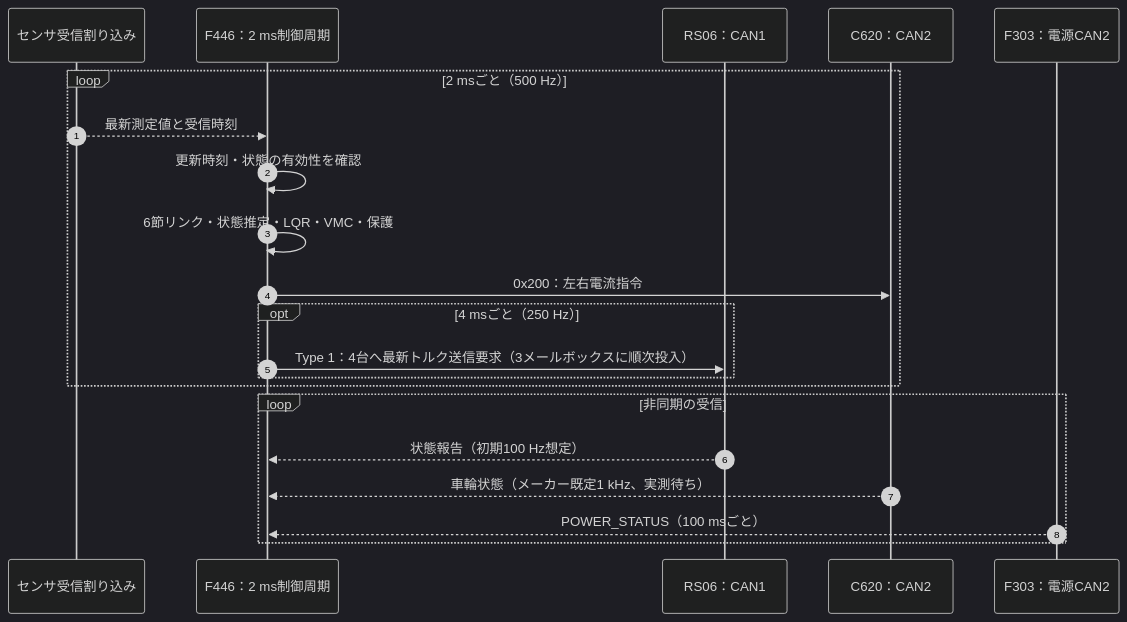
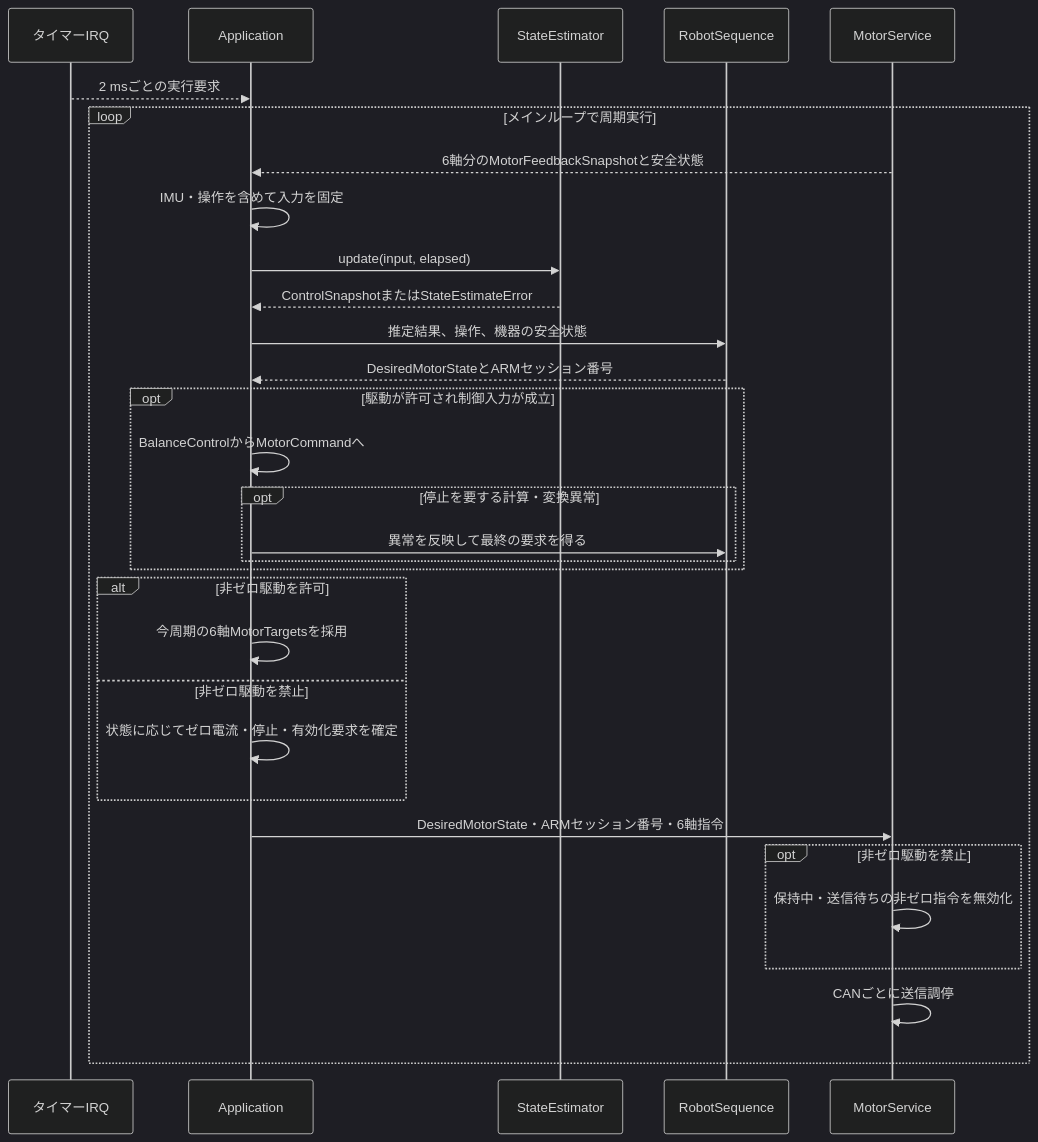
Before and after one commit to kou-pen/balancing: the third of 8 diagrams in docs/diagrams.md, drawn with Mermaid (dark theme). The commit also changed other lines of this file and 13 other files, not shown here.

Commit message:
docs(f446): record C++17 public API and control diagrams (#29)

```diff
--- a/docs/diagrams.md
+++ b/docs/diagrams.md
@@ -80,24 +97,34 @@
 <pre class="mermaid">
 sequenceDiagram
-    autonumber
-    participant S as センサ受信割り込み
-    participant F446 as F446：2 ms制御周期
-    participant RS as RS06：CAN1
-    participant C620 as C620：CAN2
-    participant F303 as F303：電源CAN2
+    participant IRQ as タイマーIRQ
+    participant APP as Application
+    participant SE as StateEstimator
+    participant RS as RobotSequence
+    participant MS as MotorService
 
-    loop 2 msごと（500 Hz）
-        S-->>F446: 最新測定値と受信時刻
-        F446->>F446: 更新時刻・状態の有効性を確認
-        F446->>F446: 6節リンク・状態推定・LQR・VMC・保護
-        F446->>C620: 0x200：左右電流指令
-        opt 4 msごと（250 Hz）
-            F446->>RS: Type 1：4台へ最新トルク送信要求（3メールボックスに順次投入）
+    IRQ-->>APP: 2 msごとの実行要求
+    loop メインループで周期実行
+        MS-->>APP: 6軸分のMotorFeedbackSnapshotと安全状態
+        APP->>APP: IMU・操作を含めて入力を固定
+        APP->>SE: update(input, elapsed)
+        SE-->>APP: ControlSnapshotまたはStateEstimateError
+        APP->>RS: 推定結果、操作、機器の安全状態
+        RS-->>APP: DesiredMotorStateとARMセッション番号
+        opt 駆動が許可され制御入力が成立
+            APP->>APP: BalanceControlからMotorCommandへ
+            opt 停止を要する計算・変換異常
+                APP->>RS: 異常を反映して最終の要求を得る
+            end
         end
-    end
-    loop 非同期の受信
-        RS-->>F446: 状態報告（初期100 Hz想定）
-        C620-->>F446: 車輪状態（メーカー既定1 kHz、実測待ち）
-        F303-->>F446: POWER_STATUS（100 msごと）
+        alt 非ゼロ駆動を許可
+            APP->>APP: 今周期の6軸MotorTargetsを採用
+        else 非ゼロ駆動を禁止
+            APP->>APP: 状態に応じてゼロ電流・停止・有効化要求を確定
+        end
+        APP->>MS: DesiredMotorState・ARMセッション番号・6軸指令
+        opt 非ゼロ駆動を禁止
+            MS->>MS: 保持中・送信待ちの非ゼロ指令を無効化
+        end
+        MS->>MS: CANごとに送信調停
     end
 </pre>
```
